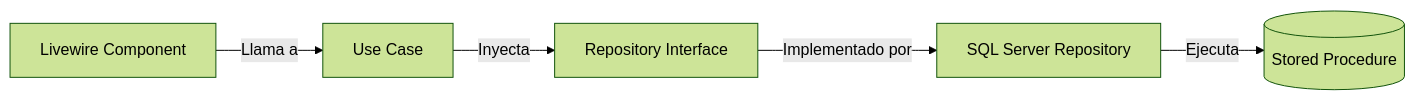
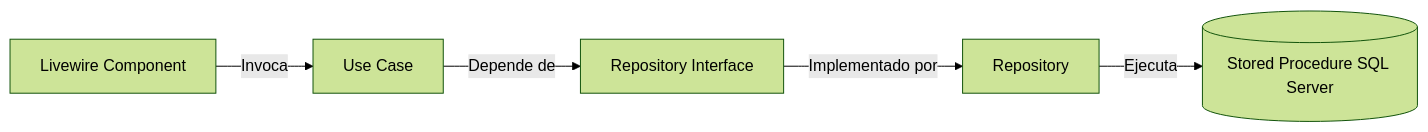
Before and after one commit to mariovaldez-dev/crew-modules-customer: the first of 2 diagrams in README.md, drawn with Mermaid (forest theme). The commit also changed other lines of this file, not shown here.

Commit message:
docs: update README with current architecture and module details

````diff
--- a/README.md
+++ b/README.md
@@ -38,7 +47,7 @@
 ```mermaid
 graph LR
-    UI[Livewire Component] -->|Llama a| UC[Use Case]
-    UC -->|Inyecta| IF[Repository Interface]
-    IF -->|Implementado por| SQL[SQL Server Repository]
-    SQL -->|Ejecuta| SP[(Stored Procedure)]
+    UI[Livewire Component] -->|Invoca| UC[Use Case]
+    UC -->|Depende de| IF[Repository Interface]
+    IF -->|Implementado por| Repo[Repository]
+    Repo -->|Ejecuta| SP[(Stored Procedure SQL Server)]
 ```
````
